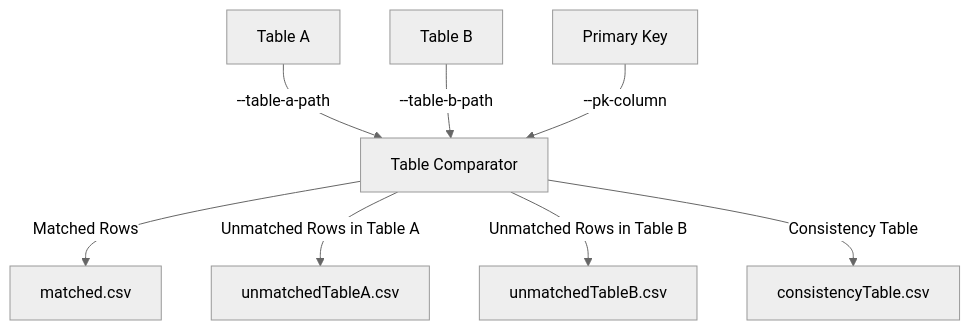
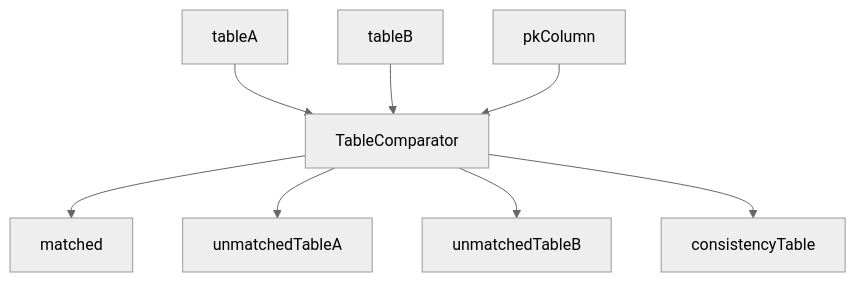
One commit to durczokj/table-comparator-cpp changed the first of 2 diagrams in README.md. Above: the diagram before and after it, drawn with Mermaid (neutral theme). The commit also changed other lines of this file and 1 other file, not shown here.

````diff
--- a/README.md
+++ b/README.md
@@ -10,10 +7,19 @@
 ```mermaid
 graph TD
-    A[Table A] -->|--table-a-path| C[Table Comparator]
-    B[Table B] -->|--table-b-path| C[Table Comparator]
-    P[Primary Key] -->|--pk-column| C[Table Comparator]
-    C -->|Matched Rows| D[matched.csv]
-    C -->|Unmatched Rows in Table A| E[unmatchedTableA.csv]
-    C -->|Unmatched Rows in Table B| F[unmatchedTableB.csv]
-    C -->|Consistency Table| G[consistencyTable.csv]
+    A[tableA]
+    B[tableB]
+    P[pkColumn]
+    C[TableComparator]
+    D[matched]
+    E[unmatchedTableA]
+    F[unmatchedTableB]
+    G[consistencyTable]
+
+    A --> C
+    B --> C
+    P --> C
+    C --> D
+    C --> E
+    C --> F
+    C --> G
 ```
````
